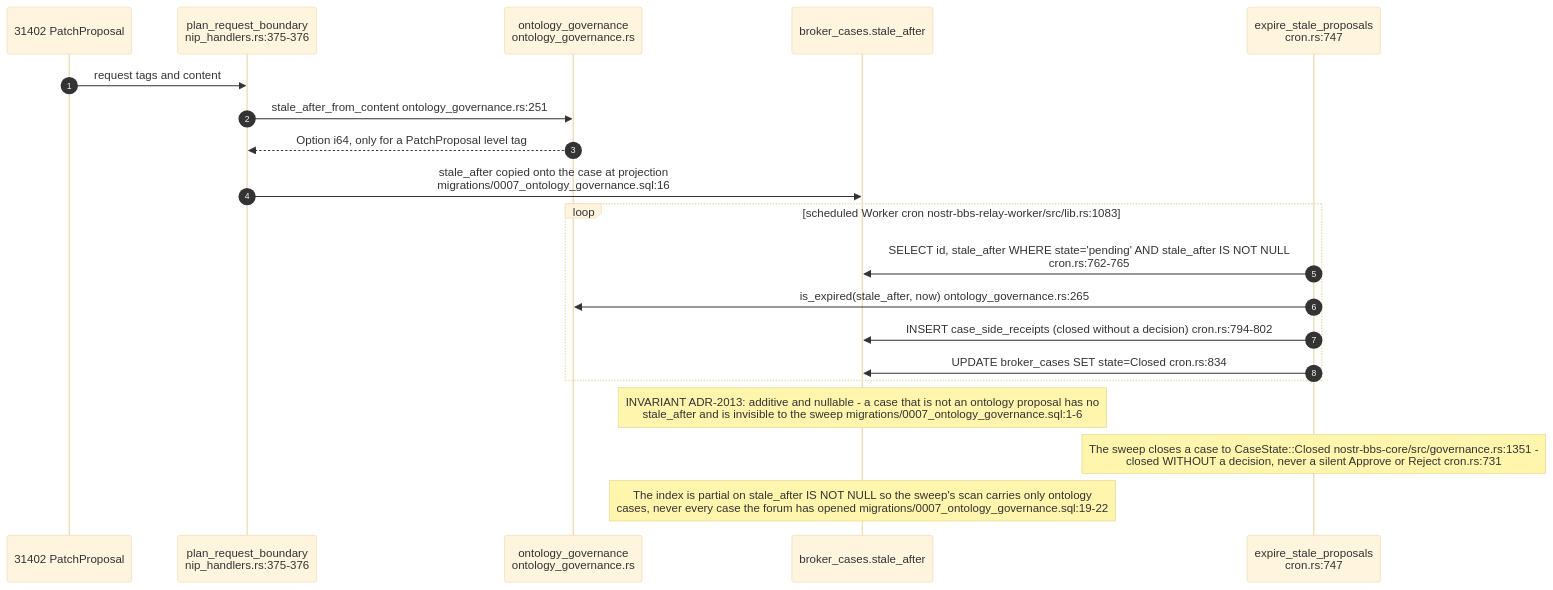
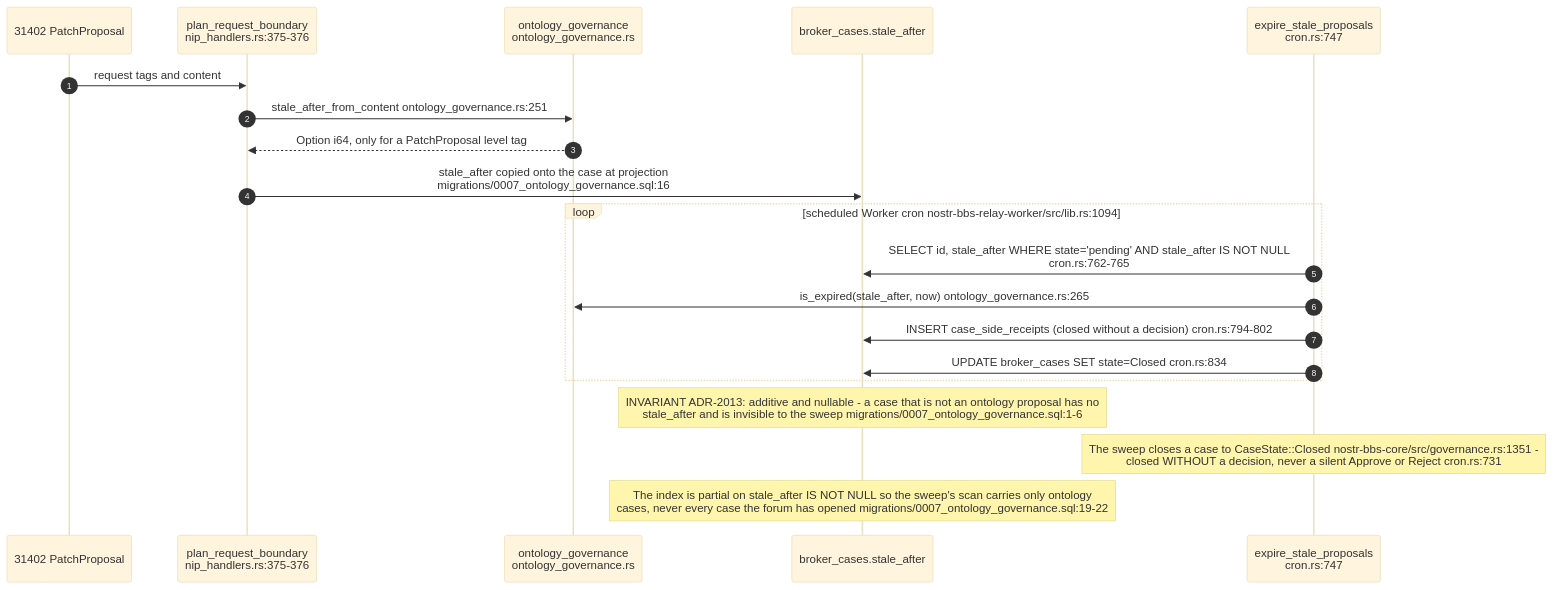
Diagram 14 of 16 in docs/diagrams/nostr-rust-forum/06-agent-control-surface-31400-31405.md (DreamLab-AI/VisionFlow), drawn with Mermaid (base theme) before and after one commit. The commit also changed other lines of this file and 31 other files, not shown here.

````diff
--- a/docs/diagrams/nostr-rust-forum/06-agent-control-surface-31400-31405.md
+++ b/docs/diagrams/nostr-rust-forum/06-agent-control-surface-31400-31405.md
@@ -383,25 +384,25 @@
 ```mermaid
 sequenceDiagram
     autonumber
     participant REQ as 31402 PatchProposal
     participant PB as plan_request_boundary<br/>nip_handlers.rs:375-376
     participant OG as ontology_governance<br/>ontology_governance.rs
     participant DB as broker_cases.stale_after
     participant CRON as expire_stale_proposals<br/>cron.rs:747
 
     REQ->>PB: request tags and content
     PB->>OG: stale_after_from_content ontology_governance.rs:251
     OG-->>PB: Option i64, only for a PatchProposal level tag
     PB->>DB: stale_after copied onto the case at projection<br/>migrations/0007_ontology_governance.sql:16
 
-    loop scheduled Worker cron nostr-bbs-relay-worker/src/lib.rs:1083
+    loop scheduled Worker cron nostr-bbs-relay-worker/src/lib.rs:1094
         CRON->>DB: SELECT id, stale_after WHERE state='pending' AND stale_after IS NOT NULL<br/>cron.rs:762-765
         CRON->>OG: is_expired(stale_after, now) ontology_governance.rs:265
         CRON->>DB: INSERT case_side_receipts (closed without a decision) cron.rs:794-802
         CRON->>DB: UPDATE broker_cases SET state=Closed cron.rs:834
     end
 
     Note over DB: INVARIANT ADR-2013: additive and nullable - a case that is not an ontology proposal has no<br/>stale_after and is invisible to the sweep migrations/0007_ontology_governance.sql:1-6
     Note over CRON: The sweep closes a case to CaseState::Closed nostr-bbs-core/src/governance.rs:1351 -<br/>closed WITHOUT a decision, never a silent Approve or Reject cron.rs:731
     Note over DB: The index is partial on stale_after IS NOT NULL so the sweep's scan carries only ontology<br/>cases, never every case the forum has opened migrations/0007_ontology_governance.sql:19-22
 ```
````
